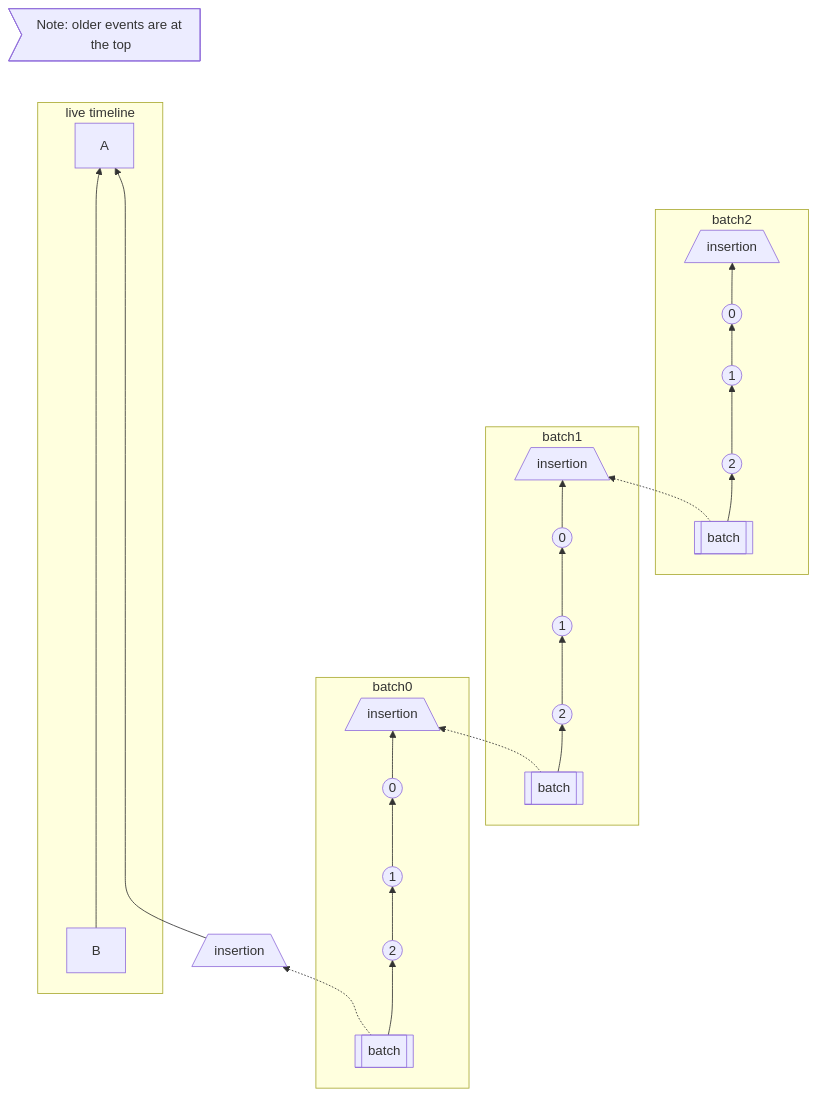
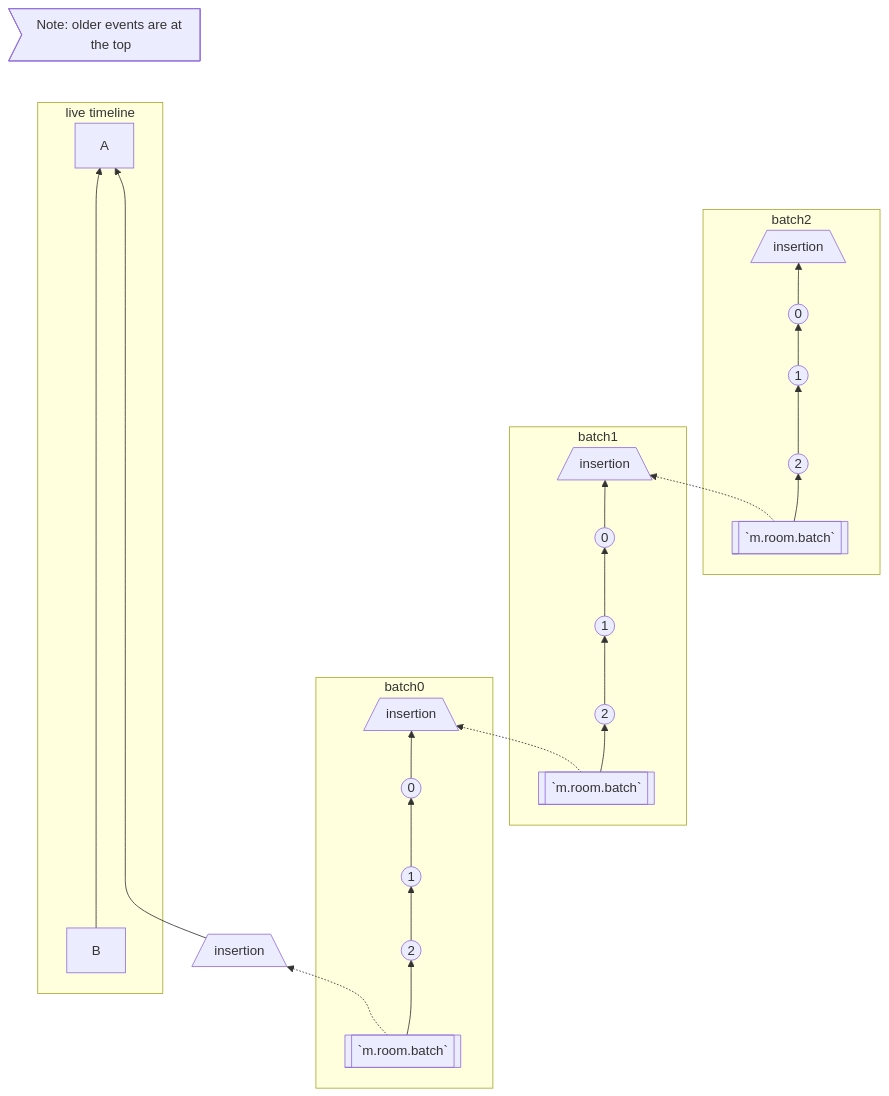
Before and after one commit to matrix-org/matrix-spec-proposals: the first of 3 diagrams in proposals/2716-batch-send-historical-messages.md, drawn with Mermaid. The commit also changed other lines of this file, not shown here.

````diff
--- a/proposals/2716-batch-send-historical-messages.md
+++ b/proposals/2716-batch-send-historical-messages.md
@@ -277,34 +277,34 @@
 ```mermaid
 flowchart BT
     A --- annotation1>"Note: older events are at the top"]
     subgraph live [live timeline]
         B --------------------> A
     end
     
     subgraph batch0
-        batch0-batch[["batch"]] --> batch0-2(("2")) --> batch0-1((1)) --> batch0-0((0)) --> batch0-insertion[/insertion\]
+        batch0-batch[[`m.room.batch`]] --> batch0-2(("2")) --> batch0-1((1)) --> batch0-0((0)) --> batch0-insertion[/insertion\]
     end
 
     subgraph batch1
-        batch1-batch[["batch"]] --> batch1-2(("2")) --> batch1-1((1)) --> batch1-0((0)) --> batch1-insertion[/insertion\]
+        batch1-batch[[`m.room.batch`]] --> batch1-2(("2")) --> batch1-1((1)) --> batch1-0((0)) --> batch1-insertion[/insertion\]
     end
     
     subgraph batch2
-        batch2-batch[["batch"]] --> batch2-2(("2")) --> batch2-1((1)) --> batch2-0((0)) --> batch2-insertion[/insertion\]
+        batch2-batch[[`m.room.batch`]] --> batch2-2(("2")) --> batch2-1((1)) --> batch2-0((0)) --> batch2-insertion[/insertion\]
     end
 
     
     batch0-insertionBase[/insertion\] ---------------> A
     batch0-batch -.-> batch0-insertionBase[/insertion\]
     batch1-batch -.-> batch0-insertion
     batch2-batch -.-> batch1-insertion
 
 
     %% alignment links 
     batch2-insertion --- alignment1
     %% make the alignment links/nodes invisible
     style alignment1 visibility: hidden,color:transparent;
     linkStyle 18 stroke-width:2px,fill:none,stroke:none;
     %% make the annotation links invisible
     linkStyle 0 stroke-width:2px,fill:none,stroke:none;
 ```
````
